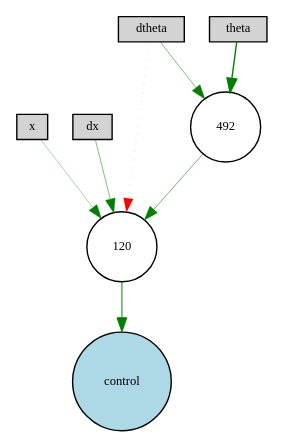
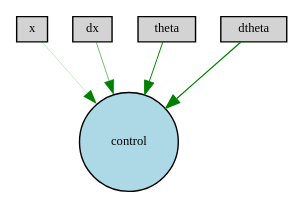
Before and after one commit to felix0901/NEAT: the diagram in examples/single-pole-balancing/winner-feedforward.gv, drawn with Graphviz. The commit also changed 12 other files, not shown here.

```diff
--- a/examples/single-pole-balancing/winner-feedforward.gv
+++ b/examples/single-pole-balancing/winner-feedforward.gv
@@ -1,17 +1,12 @@
 digraph {
 	node [fontsize=9 height=0.2 shape=circle width=0.2]
 	x [fillcolor=lightgray shape=box style=filled]
 	dx [fillcolor=lightgray shape=box style=filled]
 	theta [fillcolor=lightgray shape=box style=filled]
 	dtheta [fillcolor=lightgray shape=box style=filled]
 	control [fillcolor=lightblue style=filled]
-	120 [fillcolor=white style=filled]
-	492 [fillcolor=white style=filled]
-	dtheta -> 120 [color=red penwidth=0.12240248148808258 style=dotted]
-	120 -> control [color=green penwidth=0.7116546684830001 style=solid]
-	x -> 120 [color=green penwidth=0.2535057517298861 style=solid]
-	dx -> 120 [color=green penwidth=0.3632057701957695 style=solid]
-	dtheta -> 492 [color=green penwidth=0.35750629966161207 style=solid]
-	492 -> 120 [color=green penwidth=0.4144506222021679 style=solid]
-	theta -> 492 [color=green penwidth=0.9930993597949437 style=solid]
+	dtheta -> control [color=green penwidth=0.909697843859778 style=solid]
+	dx -> control [color=green penwidth=0.3851801402963153 style=solid]
+	theta -> control [color=green penwidth=0.6988442238811529 style=solid]
+	x -> control [color=green penwidth=0.1476319530021114 style=solid]
 }
```
